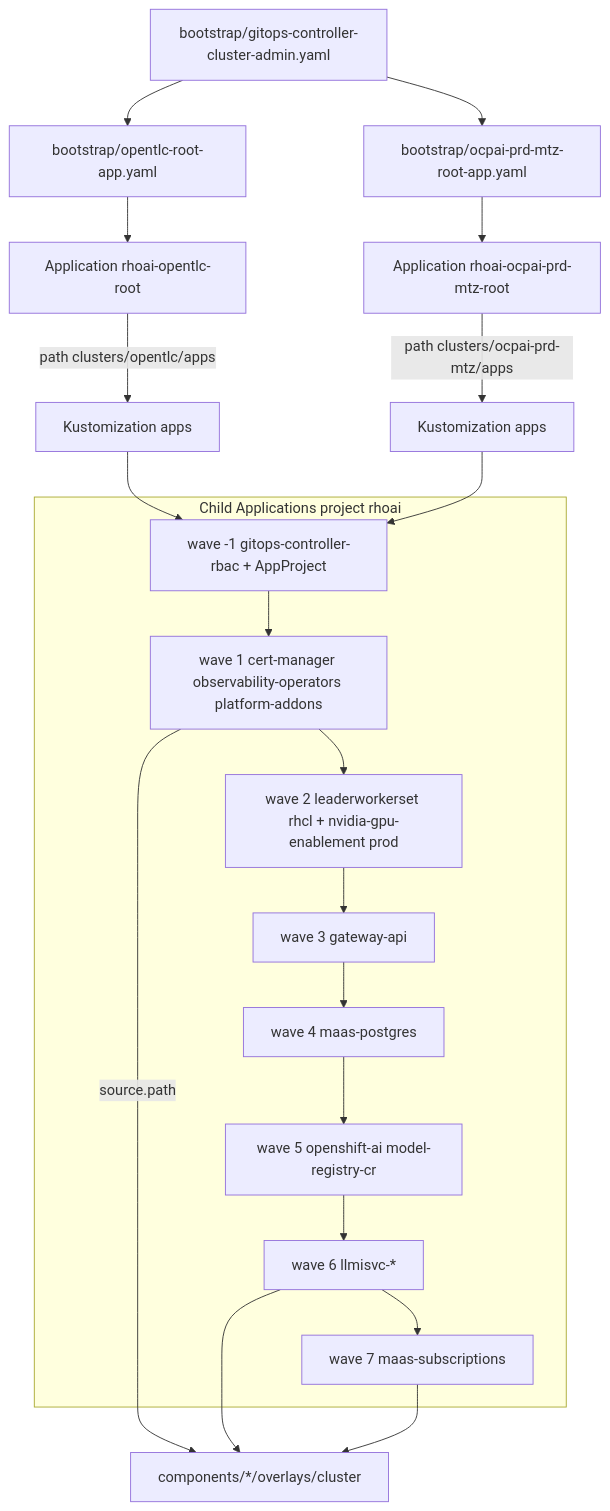
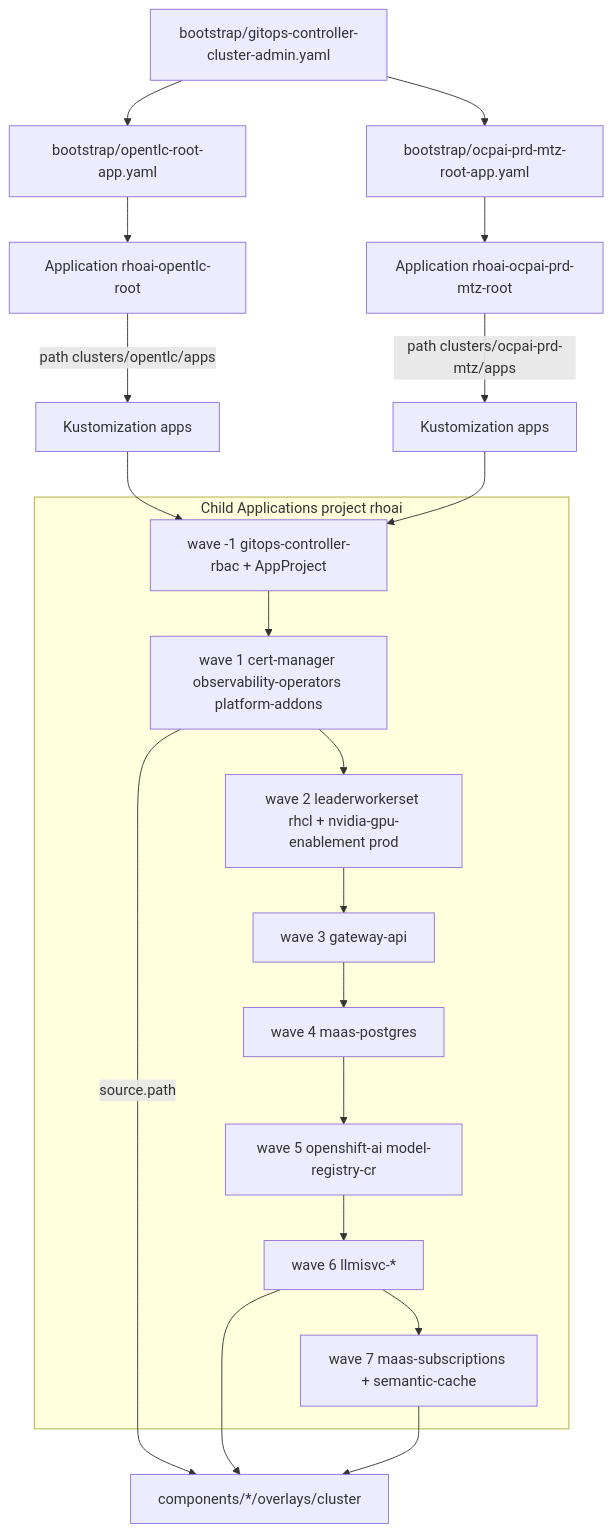
The third of 4 diagrams in ARCHITECTURE_en.md (abelluque/rhoai-gitops), drawn with Mermaid before and after one commit. The commit also changed other lines of this file and 26 other files, not shown here.

First line of the commit message:
Add a semantic response cache in front of MaaS on both demo-platform clusters.

````diff
--- a/ARCHITECTURE_en.md
+++ b/ARCHITECTURE_en.md
@@ -236,34 +259,34 @@
 ```mermaid
 flowchart TB
   bootRBAC["bootstrap/gitops-controller-cluster-admin.yaml"]
   bootLab["bootstrap/opentlc-root-app.yaml"]
   bootPrd["bootstrap/ocpai-prd-mtz-root-app.yaml"]
 
   bootRBAC --> bootLab
   bootRBAC --> bootPrd
 
   bootLab --> rootLab["Application rhoai-opentlc-root"]
   bootPrd --> rootPrd["Application rhoai-ocpai-prd-mtz-root"]
 
   rootLab -->|"path clusters/opentlc/apps"| kLab[Kustomization apps]
   rootPrd -->|"path clusters/ocpai-prd-mtz/apps"| kPrd[Kustomization apps]
 
   subgraph waves [Child Applications project rhoai]
     w0["wave -1 gitops-controller-rbac + AppProject"]
     w1["wave 1 cert-manager observability-operators platform-addons"]
     w2["wave 2 leaderworkerset rhcl + nvidia-gpu-enablement prod"]
     w3["wave 3 gateway-api"]
     w4["wave 4 maas-postgres"]
     w5["wave 5 openshift-ai model-registry-cr"]
     w6["wave 6 llmisvc-*"]
-    w7["wave 7 maas-subscriptions"]
+    w7["wave 7 maas-subscriptions + semantic-cache"]
   end
 
   kLab --> w0
   kPrd --> w0
   w0 --> w1 --> w2 --> w3 --> w4 --> w5 --> w6 --> w7
 
   w1 -->|"source.path"| comp["components/*/overlays/cluster"]
   w6 --> comp
   w7 --> comp
 ```
````
